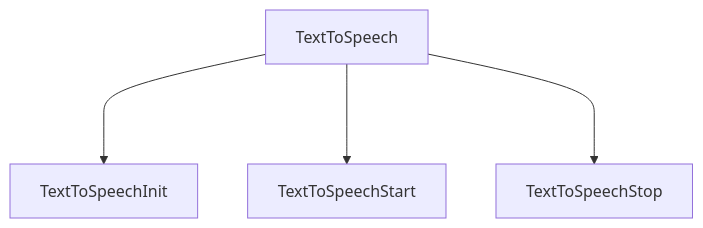
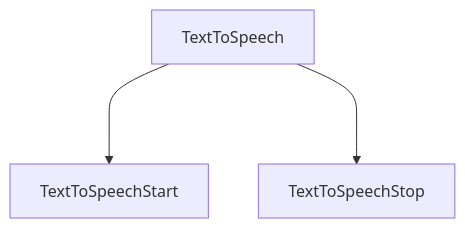
One commit to opensrc0/fe-pilot changed the third of 4 diagrams in .github/SETUP.md. Above: the diagram before and after it, drawn with Mermaid. The commit also changed other lines of this file, not shown here.

````diff
--- a/.github/SETUP.md
+++ b/.github/SETUP.md
@@ -83,6 +94,5 @@
 ```mermaid
 graph TD;
-    TextToSpeech--->TextToSpeechInit;
     TextToSpeech--->TextToSpeechStart;
     TextToSpeech--->TextToSpeechStop;
 ```
````
